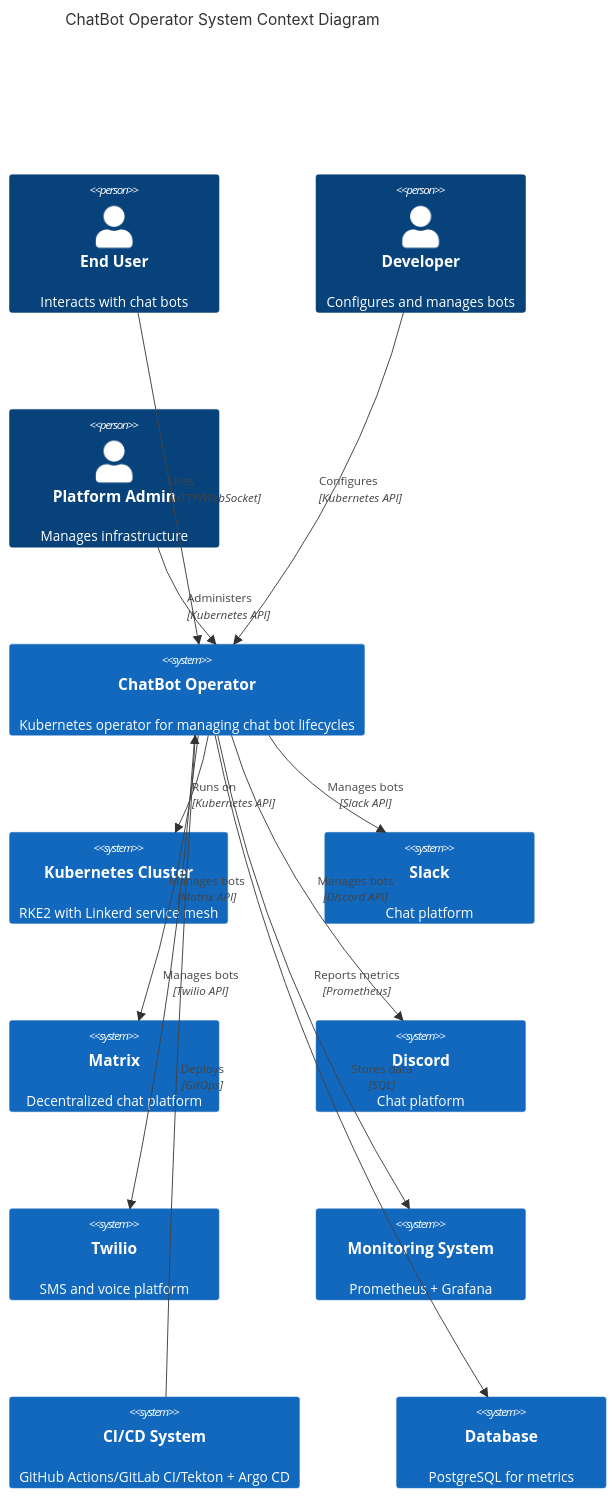
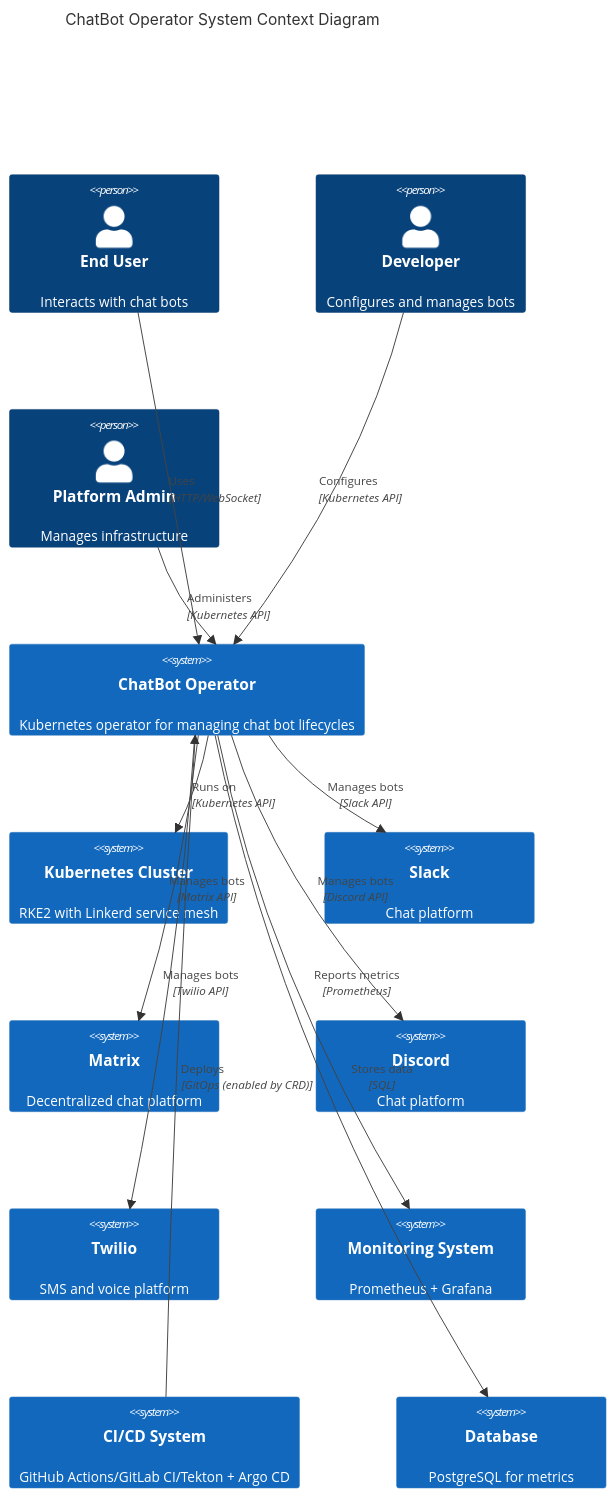
One commit to FruityWelsh/bot-maker changed the first of 17 diagrams in docs/diagrams.md. Above: the diagram before and after it, drawn with Mermaid. The commit also changed other lines of this file and 5 other files, not shown here.

First line of the commit message:
docs: clarify GitOps as development lifecycle design goal

````diff
--- a/docs/diagrams.md
+++ b/docs/diagrams.md
@@ -40,32 +40,32 @@
 ```mermaid
 C4Context
     title ChatBot Operator System Context Diagram
     
     Person(user, "End User", "Interacts with chat bots")
     Person(dev, "Developer", "Configures and manages bots")
     Person(admin, "Platform Admin", "Manages infrastructure")
     
     System(chatbotOperator, "ChatBot Operator", "Kubernetes operator for managing chat bot lifecycles")
     
     System(kubernetes, "Kubernetes Cluster", "RKE2 with Linkerd service mesh")
     System(slack, "Slack", "Chat platform")
     System(matrix, "Matrix", "Decentralized chat platform")
     System(discord, "Discord", "Chat platform")
     System(twilio, "Twilio", "SMS and voice platform")
     System(monitoring, "Monitoring System", "Prometheus + Grafana")
     System(ciCd, "CI/CD System", "GitHub Actions/GitLab CI/Tekton + Argo CD")
     System(database, "Database", "PostgreSQL for metrics")
     
     Rel(user, chatbotOperator, "Uses", "HTTP/WebSocket")
     Rel(dev, chatbotOperator, "Configures", "Kubernetes API")
     Rel(admin, chatbotOperator, "Administers", "Kubernetes API")
     
     Rel(chatbotOperator, kubernetes, "Runs on", "Kubernetes API")
     Rel(chatbotOperator, slack, "Manages bots", "Slack API")
     Rel(chatbotOperator, matrix, "Manages bots", "Matrix API")
     Rel(chatbotOperator, discord, "Manages bots", "Discord API")
     Rel(chatbotOperator, twilio, "Manages bots", "Twilio API")
     Rel(chatbotOperator, monitoring, "Reports metrics", "Prometheus")
     Rel(chatbotOperator, database, "Stores data", "SQL")
-    Rel(ciCd, chatbotOperator, "Deploys", "GitOps")
+    Rel(ciCd, chatbotOperator, "Deploys", "GitOps (enabled by CRD)")
 ```
````
